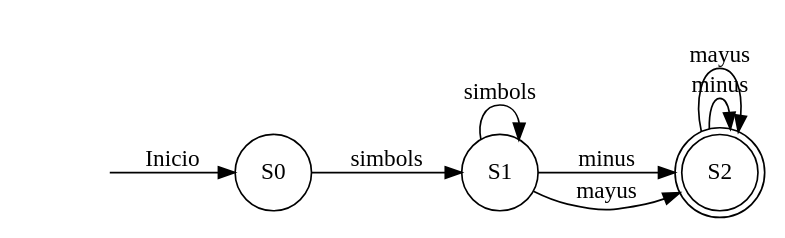
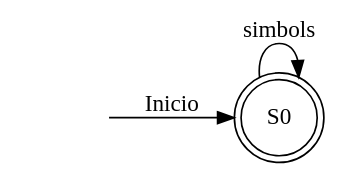
Before and after one commit to SolisMario/OLC1_Proyecto1_201900629: the diagram in OLC1_Proyecto1_201900629/DOT/erAzarAFD.dot, drawn with Graphviz. The commit also changed 132 other files, not shown here.

```diff
--- a/OLC1_Proyecto1_201900629/DOT/erAzarAFD.dot
+++ b/OLC1_Proyecto1_201900629/DOT/erAzarAFD.dot
@@ -1,15 +1,8 @@
 digraph afd {
 rankdir=LR;
 "S0"[shape=circle,label="S0"]
-"S1"[shape=circle,label="S1"]
-"S2"[shape=circle,label="S2"]
-"S2"[shape=doublecircle,label="S2"]
-"S0"->"S1"[label="simbols"]
-"S1"->"S1"[label="simbols"]
-"S1"->"S2"[label="minus"]
-"S1"->"S2"[label="mayus"]
-"S2"->"S2"[label="minus"]
-"S2"->"S2"[label="mayus"]
+"S0"[shape=doublecircle,label="S0"]
+"S0"->"S0"[label="simbols"]
 vacio[shape=none, style=invisible]
 vacio -> S0[label="Inicio"]
 }
```
